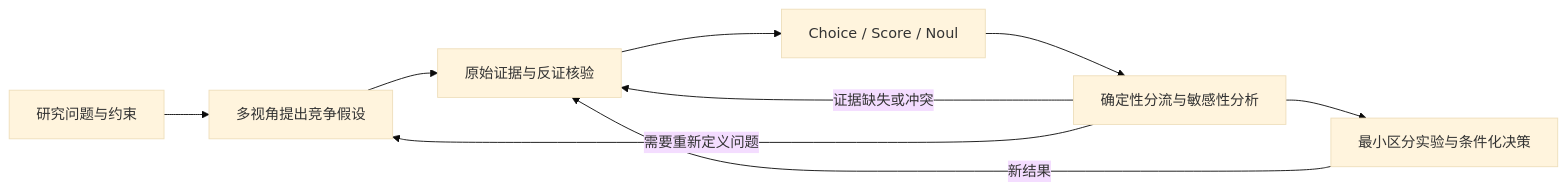
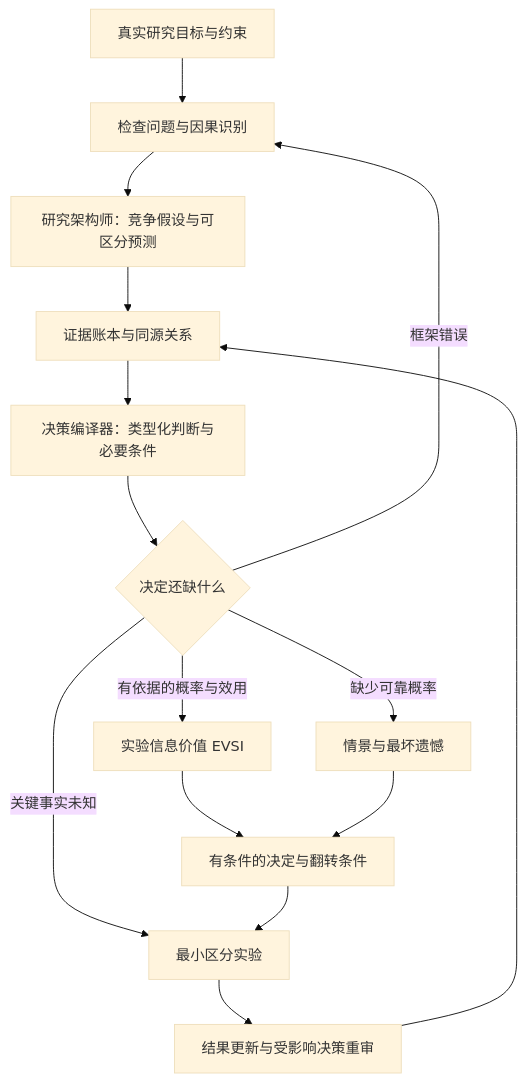
The diagram in README.md (YUAILUN/Research-Duo), drawn with Mermaid (base theme) before and after one commit. The commit also changed other lines of this file and 30 other files, not shown here.

````diff
--- a/README.md
+++ b/README.md
@@ -11,11 +11,17 @@
 ```mermaid
-flowchart LR
-    Q[研究问题与约束] --> P[多视角提出竞争假设]
-    P --> E[原始证据与反证核验]
-    E --> J[Choice / Score / Noul]
-    J --> G[确定性分流与敏感性分析]
-    G -->|证据缺失或冲突| E
-    G -->|需要重新定义问题| P
-    G --> X[最小区分实验与条件化决策]
-    X -->|新结果| E
+flowchart TD
+    Q[真实研究目标与约束] --> F[检查问题与因果识别]
+    F --> A[研究架构师：竞争假设与可区分预测]
+    A --> E[证据账本与同源关系]
+    E --> C[决策编译器：类型化判断与必要条件]
+    C --> H{决定还缺什么}
+    H -->|框架错误| F
+    H -->|关键事实未知| X[最小区分实验]
+    H -->|有依据的概率与效用| V[实验信息价值 EVSI]
+    H -->|缺少可靠概率| R[情景与最坏遗憾]
+    V --> D[有条件的决定与翻转条件]
+    R --> D
+    D --> X
+    X --> U[结果更新与受影响决策重审]
+    U --> E
 ```
````
